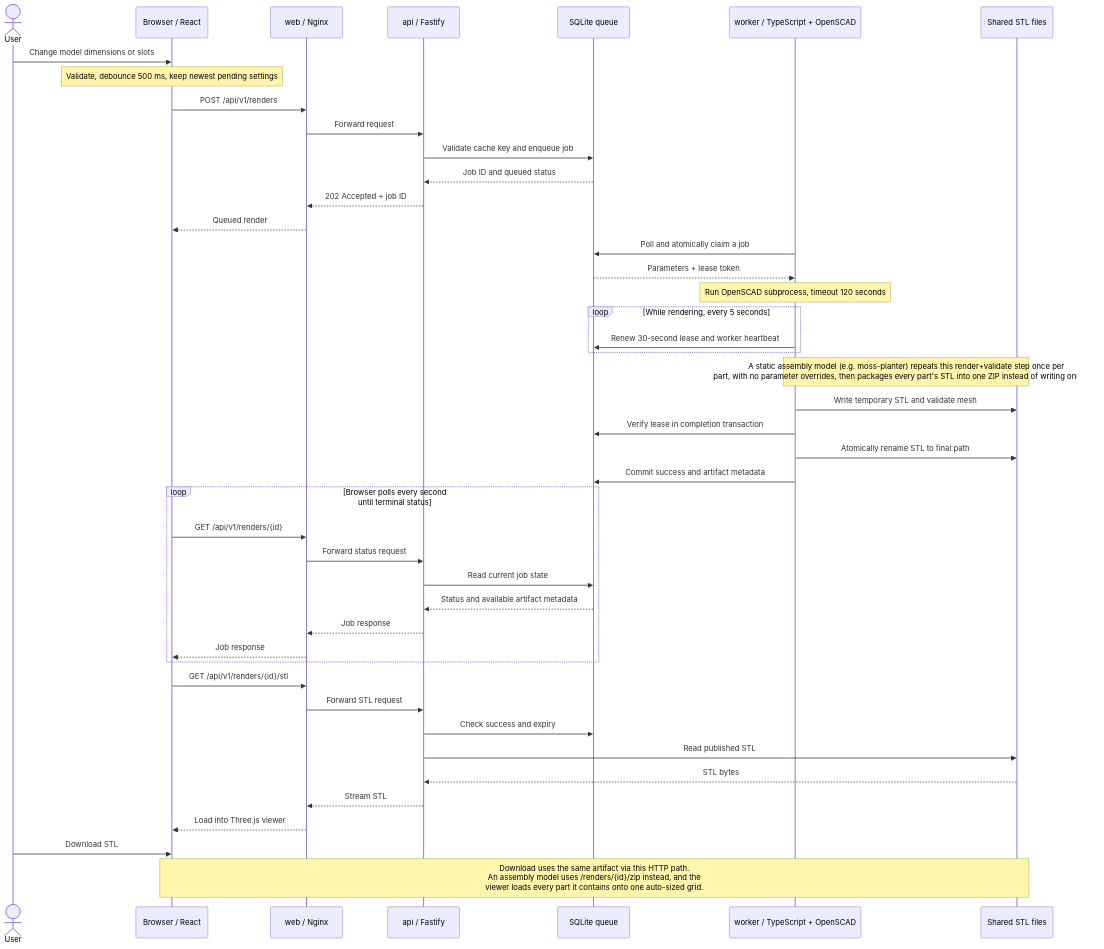
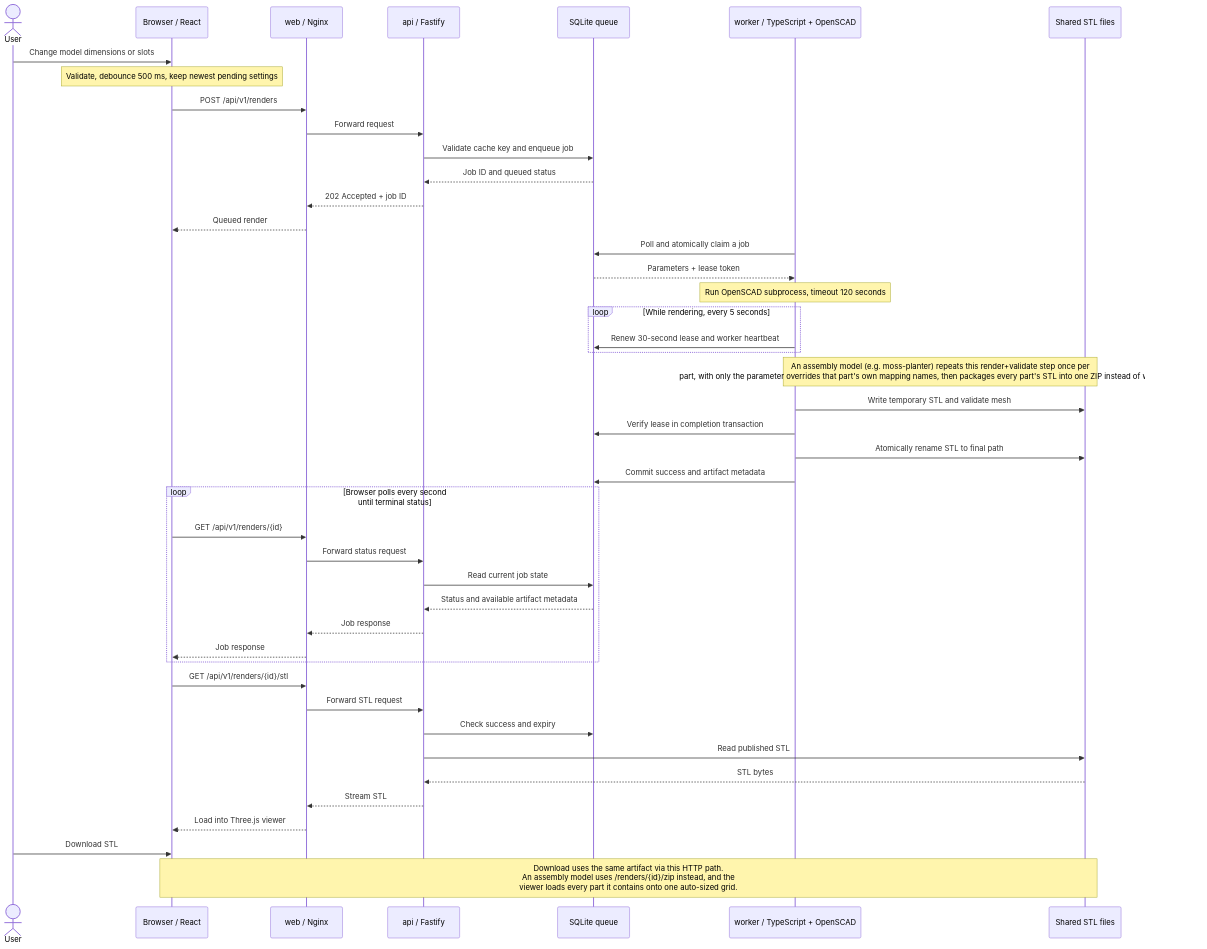
One commit to NNTin/CanFactory changed the second of 4 diagrams in docs/container-architecture.md. Above: the diagram before and after it, drawn with Mermaid. The commit also changed 21 other files, not shown here.

First line of the commit message:
feat(moss-planter): parametric five-part tower with per-part parameter mappings

````diff
--- a/docs/container-architecture.md
+++ b/docs/container-architecture.md
@@ -72,50 +72,50 @@
 ```mermaid
 sequenceDiagram
     actor User
     participant Browser as Browser / React
     participant Web as web / Nginx
     participant API as api / Fastify
     participant DB as SQLite queue
     participant Worker as worker / TypeScript + OpenSCAD
     participant Files as Shared STL files
 
     User->>Browser: Change model dimensions or slots
     Note over Browser: Validate, debounce 500 ms, keep newest pending settings
     Browser->>Web: POST /api/v1/renders
     Web->>API: Forward request
     API->>DB: Validate cache key and enqueue job
     DB-->>API: Job ID and queued status
     API-->>Web: 202 Accepted + job ID
     Web-->>Browser: Queued render
 
     Worker->>DB: Poll and atomically claim a job
     DB-->>Worker: Parameters + lease token
     Note over Worker: Run OpenSCAD subprocess, timeout 120 seconds
     loop While rendering, every 5 seconds
         Worker->>DB: Renew 30-second lease and worker heartbeat
     end
-    Note over Worker,Files: A static assembly model (e.g. moss-planter) repeats this render+validate step once per<br/>part, with no parameter overrides, then packages every part's STL into one ZIP instead of writing one STL.
+    Note over Worker,Files: An assembly model (e.g. moss-planter) repeats this render+validate step once per<br/>part, with only the parameter overrides that part's own mapping names, then packages every part's STL into one ZIP instead of writing one STL.
     Worker->>Files: Write temporary STL and validate mesh
     Worker->>DB: Verify lease in completion transaction
     Worker->>Files: Atomically rename STL to final path
     Worker->>DB: Commit success and artifact metadata
 
     loop Browser polls every second until terminal status
         Browser->>Web: GET /api/v1/renders/{id}
         Web->>API: Forward status request
         API->>DB: Read current job state
         DB-->>API: Status and available artifact metadata
         API-->>Web: Job response
         Web-->>Browser: Job response
     end
 
     Browser->>Web: GET /api/v1/renders/{id}/stl
     Web->>API: Forward STL request
     API->>DB: Check success and expiry
     API->>Files: Read published STL
     Files-->>API: STL bytes
     API-->>Web: Stream STL
     Web-->>Browser: Load into Three.js viewer
     User->>Browser: Download STL
     Note over Browser,Files: Download uses the same artifact via this HTTP path.<br/>An assembly model uses /renders/{id}/zip instead, and the<br/>viewer loads every part it contains onto one auto-sized grid.
 ```
````
